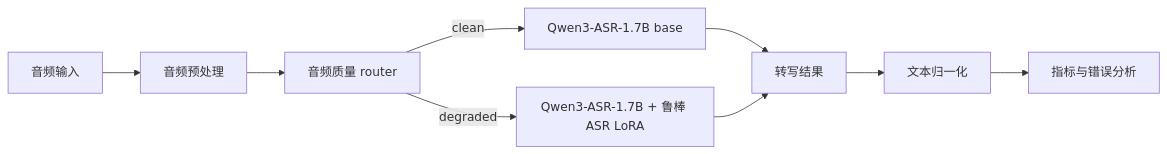
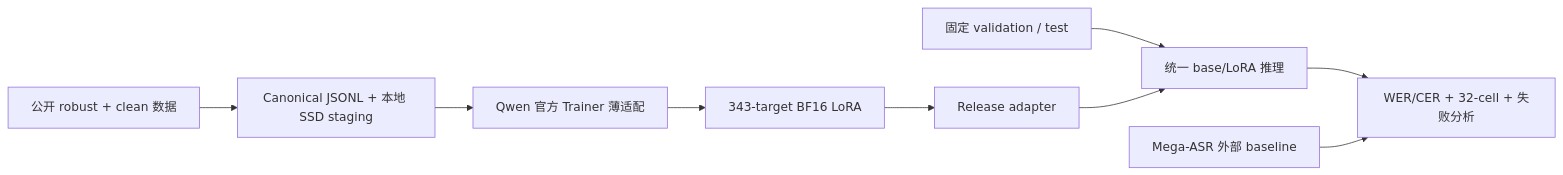
The first of 2 diagrams in docs/qwen3-asr/01_architecture.md (cluster1900/lora-asr), drawn with Mermaid before and after one commit. The commit also changed other lines of this file and 18 other files, not shown here.

Commit message:
docs: simplify robust ASR finetuning plan

````diff
--- a/docs/qwen3-asr/01_architecture.md
+++ b/docs/qwen3-asr/01_architecture.md
@@ -26,11 +12,11 @@
 ```mermaid
 flowchart LR
-  A["音频输入"] --> B["音频预处理"]
-  B --> C["音频质量 router"]
-  C -->|clean| D["Qwen3-ASR-1.7B base"]
-  C -->|degraded| E["Qwen3-ASR-1.7B + 鲁棒 ASR LoRA"]
-  D --> F["转写结果"]
+  A["公开 robust + clean 数据"] --> B["Canonical JSONL + 本地 SSD staging"]
+  B --> C["Qwen 官方 Trainer 薄适配"]
+  C --> D["343-target BF16 LoRA"]
+  D --> E["Release adapter"]
+  T["固定 validation / test"] --> F["统一 base/LoRA 推理"]
   E --> F
-  F --> G["文本归一化"]
-  G --> H["指标与错误分析"]
+  F --> G["WER/CER + 32-cell + 失败分析"]
+  M["Mega-ASR 外部 baseline"] --> G
 ```
````
